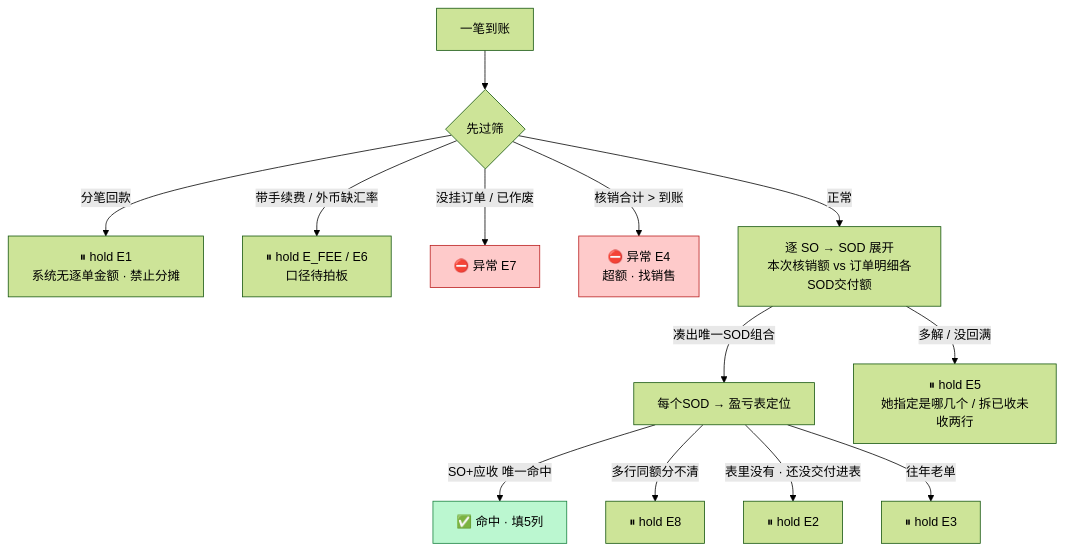
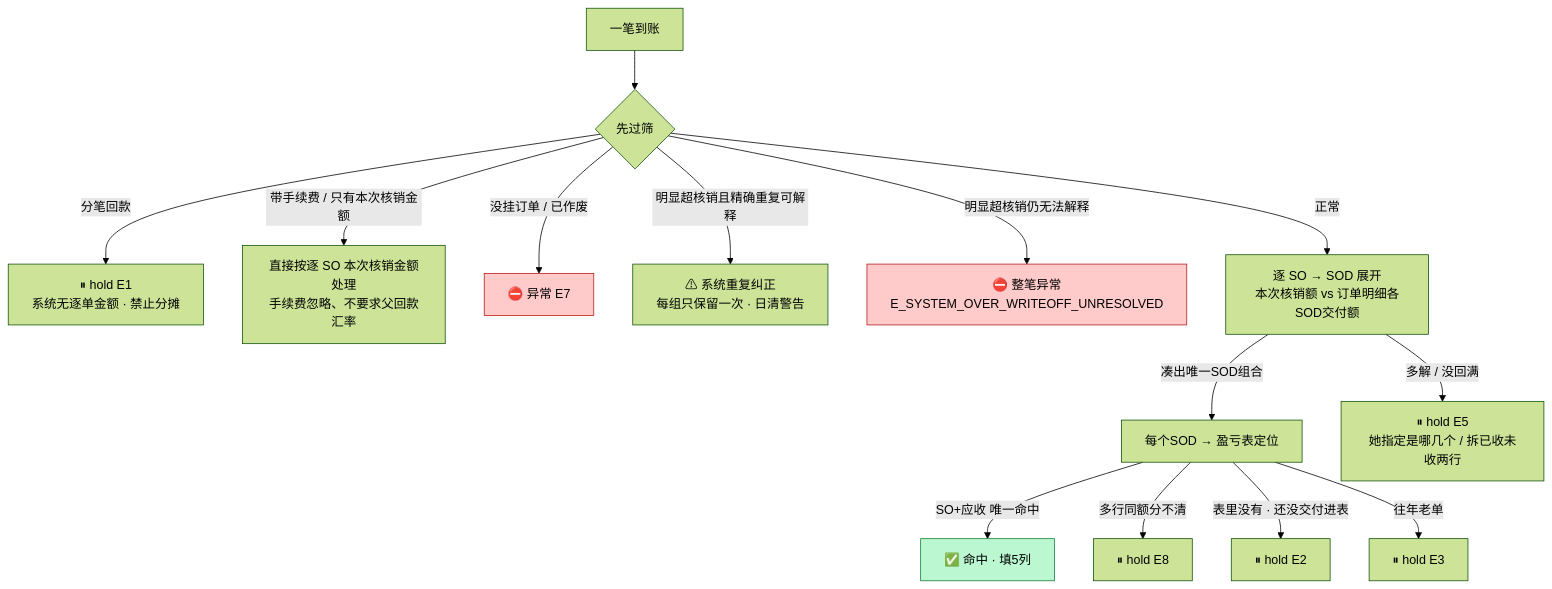
The second of 2 diagrams in skills/ar-hexiao-daily/README.md (EvanLee2004/finance-skills), drawn with Mermaid (forest theme) before and after one commit. The commit also changed other lines of this file and 35 other files, not shown here.

````diff
--- a/skills/ar-hexiao-daily/README.md
+++ b/skills/ar-hexiao-daily/README.md
@@ -100,19 +104,20 @@
 ```mermaid
 flowchart TD
     P["一笔到账"] --> Q{"先过筛"}
     Q -->|"分笔回款"| E1["⏸ hold E1<br/>系统无逐单金额 · 禁止分摊"]
-    Q -->|"带手续费 / 外币缺汇率"| EF["⏸ hold E_FEE / E6<br/>口径待拍板"]
+    Q -->|"带手续费 / 只有本次核销金额"| EF["直接按逐 SO 本次核销金额处理<br/>手续费忽略、不要求父回款汇率"]
     Q -->|"没挂订单 / 已作废"| E7["⛔ 异常 E7"]
-    Q -->|"核销合计 > 到账"| E4["⛔ 异常 E4<br/>超额 · 找销售"]
+    Q -->|"明显超核销且精确重复可解释"| DUP["⚠ 系统重复纠正<br/>每组只保留一次 · 日清警告"]
+    Q -->|"明显超核销仍无法解释"| E4["⛔ 整笔异常<br/>E_SYSTEM_OVER_WRITEOFF_UNRESOLVED"]
     Q -->|"正常"| SO["逐 SO → SOD 展开<br/>本次核销额 vs 订单明细各SOD交付额"]
     SO -->|"凑出唯一SOD组合"| LOC["每个SOD → 盈亏表定位"]
     SO -->|"多解 / 没回满"| E5["⏸ hold E5<br/>她指定是哪几个 / 拆已收未收两行"]
     LOC -->|"SO+应收 唯一命中"| HIT["✅ 命中 · 填5列"]
     LOC -->|"多行同额分不清"| E8["⏸ hold E8"]
     LOC -->|"表里没有 · 还没交付进表"| E2["⏸ hold E2"]
     LOC -->|"往年老单"| E3["⏸ hold E3"]
 
     style HIT fill:#bbf7d0,stroke:#15803d,color:#000
     style E4 fill:#fecaca,stroke:#b91c1c,color:#000
     style E7 fill:#fecaca,stroke:#b91c1c,color:#000
 ```
````
